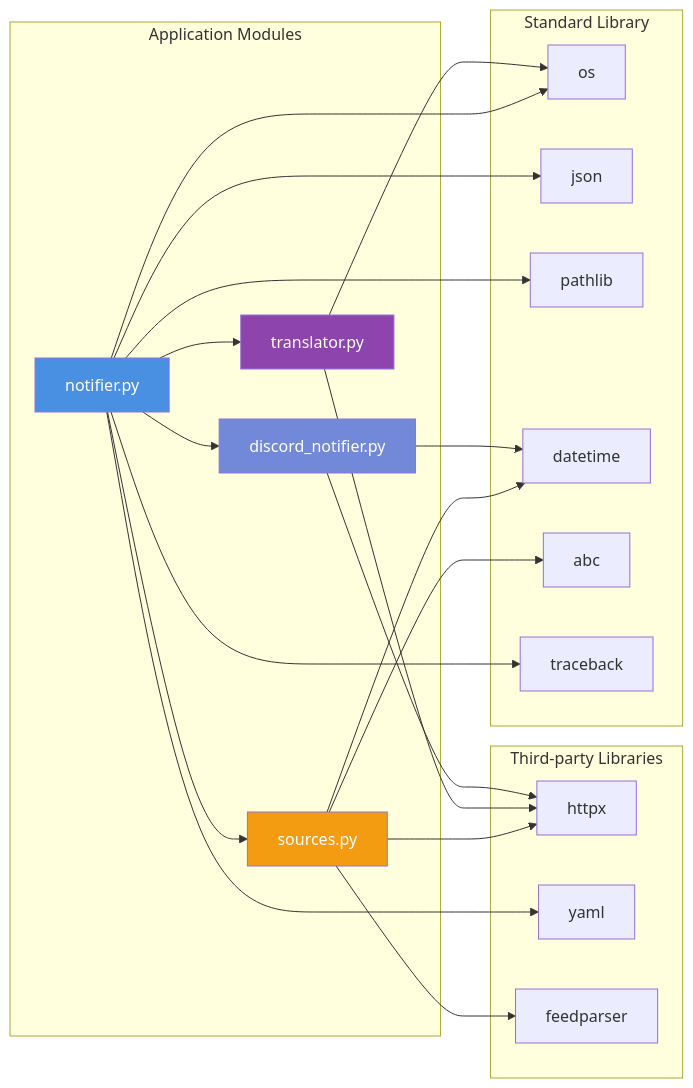
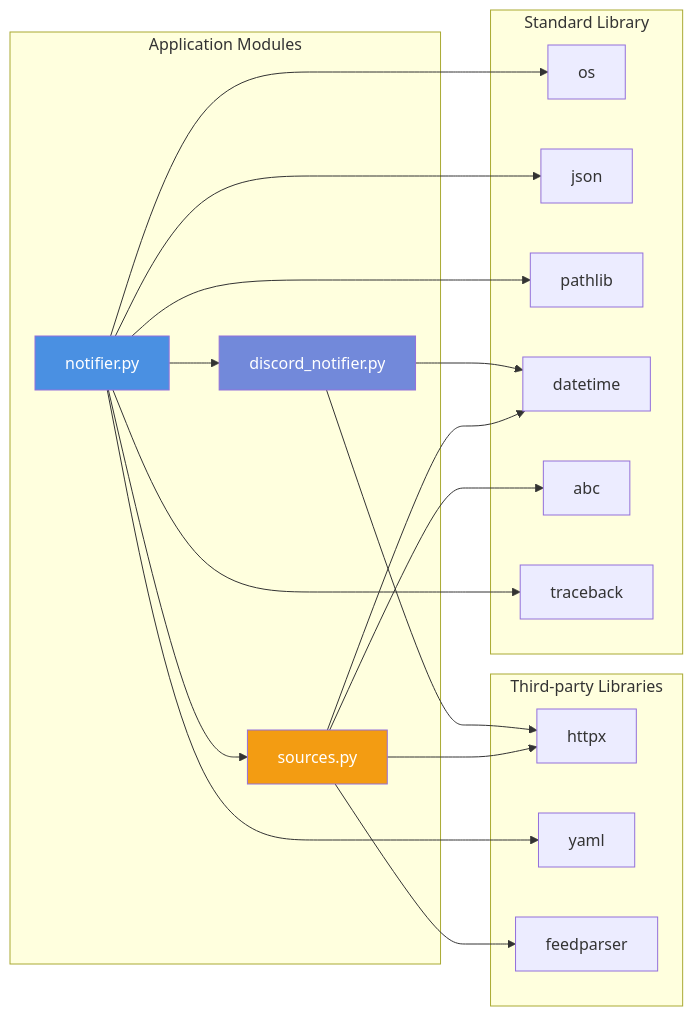
The fourth of 12 diagrams in docs/class-diagram.md (rysk-tanaka/devtools-release-notifier), drawn with Mermaid before and after one commit. The commit also changed other lines of this file and 4 other files, not shown here.

First line of the commit message:
docs: update all documentation to reflect GitHub Actions architecture

````diff
--- a/docs/class-diagram.md
+++ b/docs/class-diagram.md
@@ -200,50 +185,44 @@
 ```mermaid
 graph LR
     subgraph "Standard Library"
         OS[os]
         JSON[json]
         PATH[pathlib]
         DT[datetime]
         ABC[abc]
         TRACE[traceback]
     end
 
     subgraph "Third-party Libraries"
         HTTPX[httpx]
         YAML[yaml]
         FP[feedparser]
     end
 
     subgraph "Application Modules"
         NOTIFIER[notifier.py]
         SOURCES[sources.py]
-        TRANSLATOR[translator.py]
         DISCORD[discord_notifier.py]
     end
 
     NOTIFIER --> OS
     NOTIFIER --> JSON
     NOTIFIER --> PATH
     NOTIFIER --> YAML
     NOTIFIER --> TRACE
 
     NOTIFIER --> SOURCES
-    NOTIFIER --> TRANSLATOR
     NOTIFIER --> DISCORD
 
     SOURCES --> ABC
     SOURCES --> DT
     SOURCES --> HTTPX
     SOURCES --> FP
 
-    TRANSLATOR --> OS
-    TRANSLATOR --> HTTPX
-
     DISCORD --> DT
     DISCORD --> HTTPX
 
     style NOTIFIER fill:#4a90e2,color:#fff
     style SOURCES fill:#f39c12,color:#fff
-    style TRANSLATOR fill:#8e44ad,color:#fff
     style DISCORD fill:#7289da,color:#fff
 ```
````
